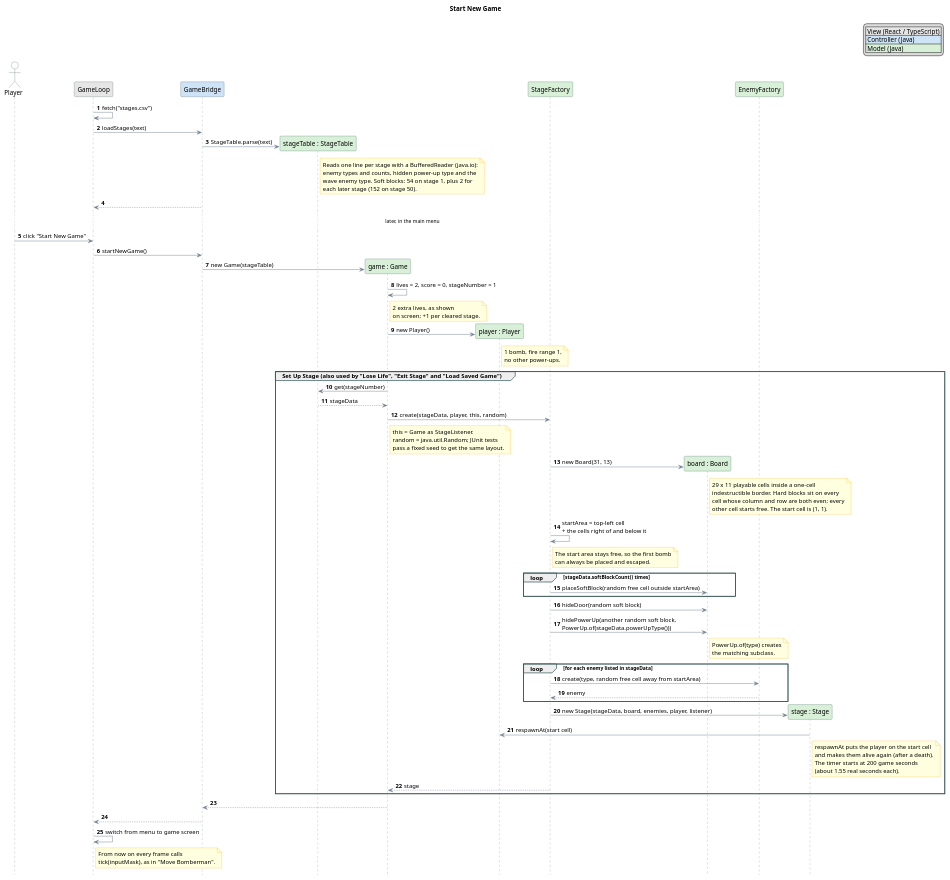
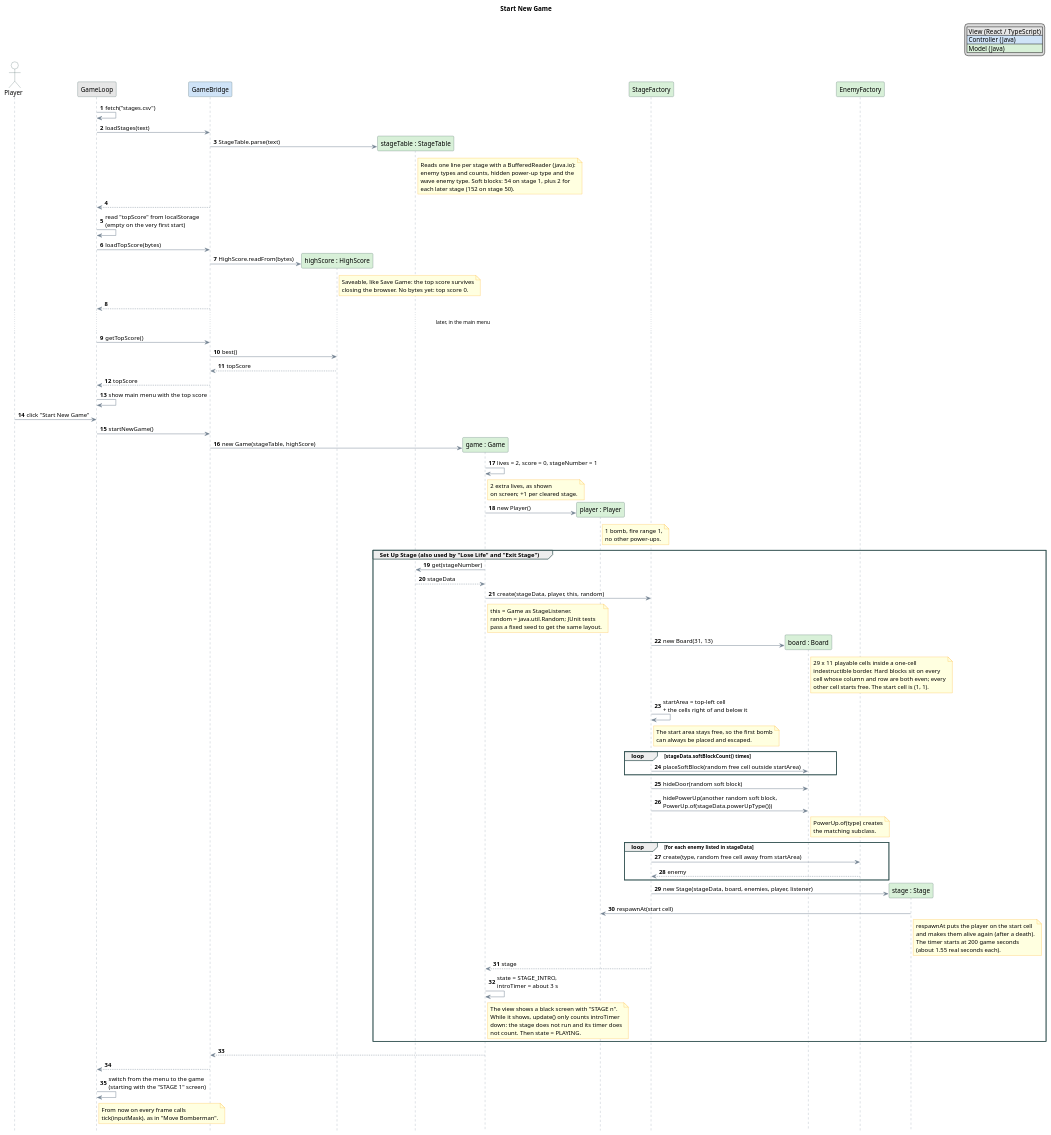
Before and after one commit to KamilDxD2/po2026: the diagram in projekt/uml/02-sekwencja-start-new-game.puml, drawn with PlantUML. The commit also changed 4 other files, not shown here.

Commit message:
Enhanced UML diagrams: updated use cases, added notes, and introduced "Lose Life" sequence diagram

```diff
--- a/projekt/uml/02-sekwencja-start-new-game.puml
+++ b/projekt/uml/02-sekwencja-start-new-game.puml
@@ -1,136 +1,159 @@
 @startuml
 title Start New Game
 
 hide footbox
 
 legend top right
   |<#E6E6E6> View (React / TypeScript) |
   |<#CFE3F7> Controller (Java) |
   |<#D8F0D8> Model (Java) |
 endlegend
 autonumber
 
 skinparam ParticipantBackgroundColor LightCyan
 skinparam ParticipantBorderColor DarkSlateGray
 skinparam ActorBackgroundColor White
 skinparam ActorBorderColor DarkSlateGray
 skinparam ArrowColor SlateGray
 skinparam SequenceLifeLineBorderColor SlateGray
 skinparam SequenceGroupBorderColor DarkSlateGray
 skinparam DefaultFontName Arial
 skinparam note {
     BackgroundColor LightYellow
     BorderColor Orange
 }
 
 ' ==========================================
 ' Participants, coloured by MVC layer as in "Explode Bomb" (see legend).
 ' The "Set Up Stage" group is reused by "Lose Life" (restart with a
-' new random layout), "Exit Stage" (next stage) and "Load Saved Game".
+' new random layout) and "Exit Stage" (next stage).
 ' ==========================================
 actor "Player" as user
 
 participant "GameLoop" as view #E6E6E6
 
 participant "GameBridge" as bridge #CFE3F7
 
+participant "highScore : HighScore" as high #D8F0D8
 participant "stageTable : StageTable" as table #D8F0D8
 participant "game : Game" as game #D8F0D8
 participant "player : Player" as player #D8F0D8
 participant "StageFactory" as sfactory #D8F0D8
 participant "board : Board" as board #D8F0D8
 participant "EnemyFactory" as efactory #D8F0D8
 participant "stage : Stage" as stage #D8F0D8
 
 ' ==========================================
 ' Once, when the app starts: load the 50-stage table (I/O)
 ' ==========================================
 view -> view : fetch("stages.csv")
 view -> bridge : loadStages(text)
 create table
 bridge -> table : StageTable.parse(text)
 note right of table
   Reads one line per stage with a BufferedReader (java.io):
   enemy types and counts, hidden power-up type and the
   wave enemy type. Soft blocks: 54 on stage 1, plus 2 for
   each later stage (152 on stage 50).
 end note
 bridge --> view
+view -> view : read "topScore" from localStorage\n(empty on the very first start)
+view -> bridge : loadTopScore(bytes)
+create high
+bridge -> high : HighScore.readFrom(bytes)
+note right of high
+  Saveable, like Save Game: the top score survives
+  closing the browser. No bytes yet: top score 0.
+end note
+bridge --> view
 
 ... later, in the main menu ...
+
+view -> bridge : getTopScore()
+bridge -> high : best()
+high --> bridge : topScore
+bridge --> view : topScore
+view -> view : show main menu with the top score
 
 ' ==========================================
 ' The player starts a new game
 ' ==========================================
 user -> view : click "Start New Game"
 view -> bridge : startNewGame()
 
 create game
-bridge -> game : new Game(stageTable)
+bridge -> game : new Game(stageTable, highScore)
 game -> game : lives = 2, score = 0, stageNumber = 1
 note right of game : 2 extra lives, as shown\non screen; +1 per cleared stage.
 
 create player
 game -> player : new Player()
 note right of player : 1 bomb, fire range 1,\nno other power-ups.
 
-group Set Up Stage (also used by "Lose Life", "Exit Stage" and "Load Saved Game")
+group Set Up Stage (also used by "Lose Life" and "Exit Stage")
     game -> table : get(stageNumber)
     table --> game : stageData
 
     game -> sfactory : create(stageData, player, this, random)
     note right of game
       this = Game as StageListener.
       random = java.util.Random; JUnit tests
       pass a fixed seed to get the same layout.
     end note
 
     create board
     sfactory -> board : new Board(31, 13)
     note right of board
       29 x 11 playable cells inside a one-cell
       indestructible border. Hard blocks sit on every
       cell whose column and row are both even; every
       other cell starts free. The start cell is (1, 1).
     end note
 
     sfactory -> sfactory : startArea = top-left cell\n+ the cells right of and below it
     note right of sfactory
       The start area stays free, so the first bomb
       can always be placed and escaped.
     end note
 
     loop stageData.softBlockCount() times
         sfactory -> board : placeSoftBlock(random free cell outside startArea)
     end
 
     sfactory -> board : hideDoor(random soft block)
     sfactory -> board : hidePowerUp(another random soft block,\nPowerUp.of(stageData.powerUpType()))
     note right of board : PowerUp.of(type) creates\nthe matching subclass.
 
     loop for each enemy listed in stageData
         sfactory -> efactory : create(type, random free cell away from startArea)
         efactory --> sfactory : enemy
     end
 
     create stage
     sfactory -> stage : new Stage(stageData, board, enemies, player, listener)
     stage -> player : respawnAt(start cell)
     note right of stage
       respawnAt puts the player on the start cell
       and makes them alive again (after a death).
       The timer starts at 200 game seconds
       (about 1.55 real seconds each).
     end note
     sfactory --> game : stage
+    game -> game : state = STAGE_INTRO,\nintroTimer = about 3 s
+    note right of game
+      The view shows a black screen with "STAGE n".
+      While it shows, update() only counts introTimer
+      down: the stage does not run and its timer does
+      not count. Then state = PLAYING.
+    end note
 end
 
 game --> bridge
 bridge --> view
-view -> view : switch from menu to game screen
+view -> view : switch from the menu to the game\n(starting with the "STAGE 1" screen)
 note right of view
   From now on every frame calls
   tick(inputMask), as in "Move Bomberman".
 end note
 
 @enduml
```
